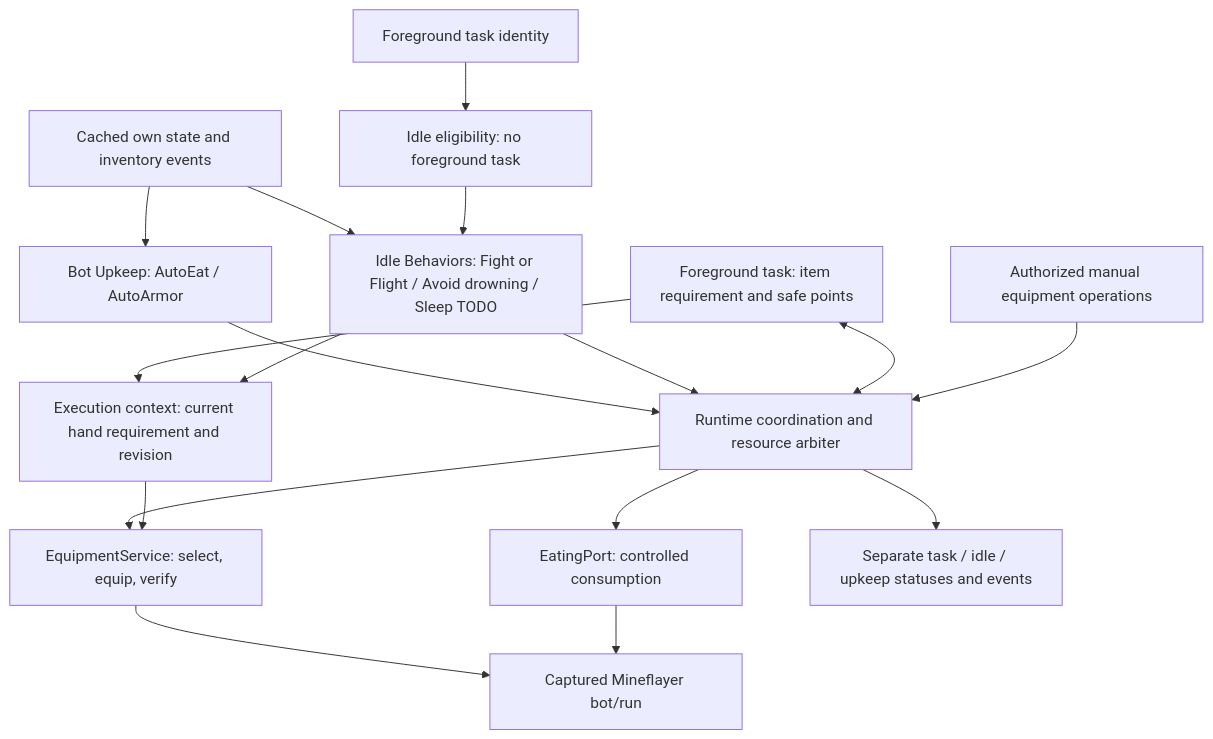
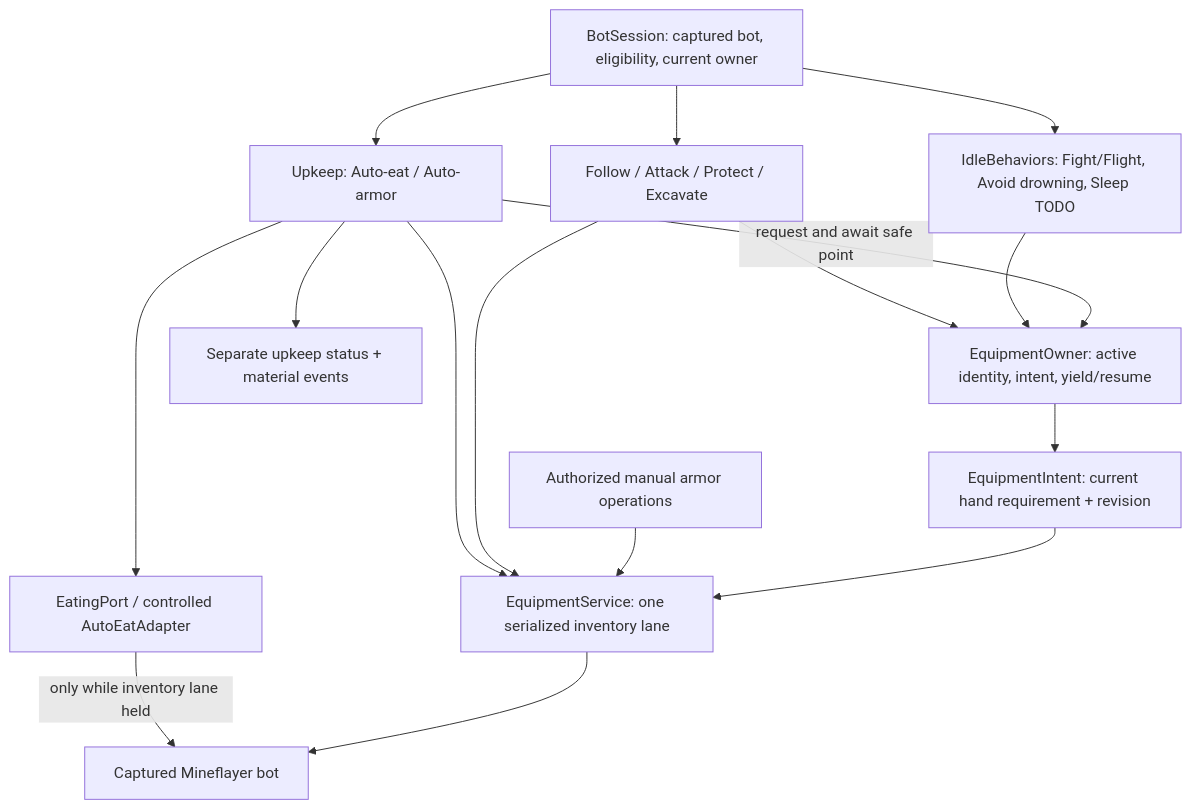
One commit to zhaungsont/Kanabot changed the first of 2 diagrams in docs/BOT_UPKEEP_DESIGN.md. Above: the diagram before and after it, drawn with Mermaid. The commit also changed other lines of this file and 34 other files, not shown here.

Commit message:
feat: upkeep tasks & equipment handler

````diff
--- a/docs/BOT_UPKEEP_DESIGN.md
+++ b/docs/BOT_UPKEEP_DESIGN.md
@@ -67,19 +23,18 @@
 ```mermaid
 flowchart TD
-    State["Cached own state and inventory events"] --> Upkeep["Bot Upkeep: AutoEat / AutoArmor"]
-    State --> Idle["Idle Behaviors: Fight or Flight / Avoid drowning / Sleep TODO"]
-    Active["Foreground task identity"] --> Eligibility["Idle eligibility: no foreground task"]
-    Eligibility --> Idle
-    Upkeep --> Coordinate["Runtime coordination and resource arbiter"]
-    Idle --> Coordinate
-    Task["Foreground task: item requirement and safe points"] <--> Coordinate
-    Manual["Authorized manual equipment operations"] --> Coordinate
-    Task --> Intent["Execution context: current hand requirement and revision"]
-    Idle --> Intent
-    Coordinate --> Equipment["EquipmentService: select, equip, verify"]
+    Session["BotSession: captured bot, eligibility, current owner"] --> Idle["IdleBehaviors: Fight/Flight, Avoid drowning, Sleep TODO"]
+    Session --> Upkeep["Upkeep: Auto-eat / Auto-armor"]
+    Session --> Task["Follow / Attack / Protect / Excavate"]
+    Task --> Owner["EquipmentOwner: active identity, intent, yield/resume"]
+    Idle --> Owner
+    Upkeep -->|"request and await safe point"| Owner
+    Owner --> Intent["EquipmentIntent: current hand requirement + revision"]
+    Upkeep --> Equipment["EquipmentService: one serialized inventory lane"]
+    Task --> Equipment
+    Manual["Authorized manual armor operations"] --> Equipment
     Intent --> Equipment
-    Coordinate --> Food["EatingPort: controlled consumption"]
-    Equipment --> Bot["Captured Mineflayer bot/run"]
-    Food --> Bot
-    Coordinate --> Status["Separate task / idle / upkeep statuses and events"]
+    Upkeep --> Food["EatingPort / controlled AutoEatAdapter"]
+    Food -->|"only while inventory lane held"| Bot["Captured Mineflayer bot"]
+    Equipment --> Bot
+    Upkeep --> Status["Separate upkeep status + material events"]
 ```
````
